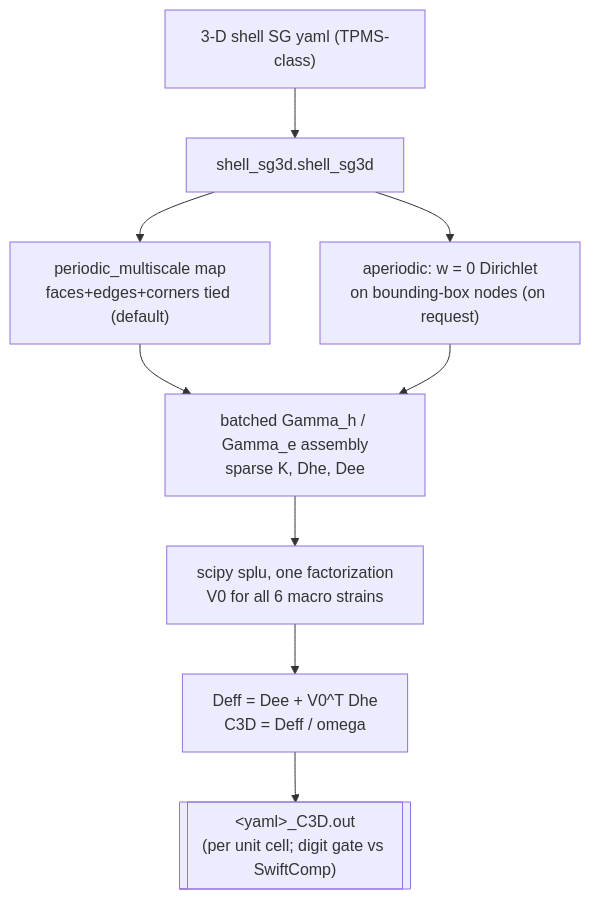
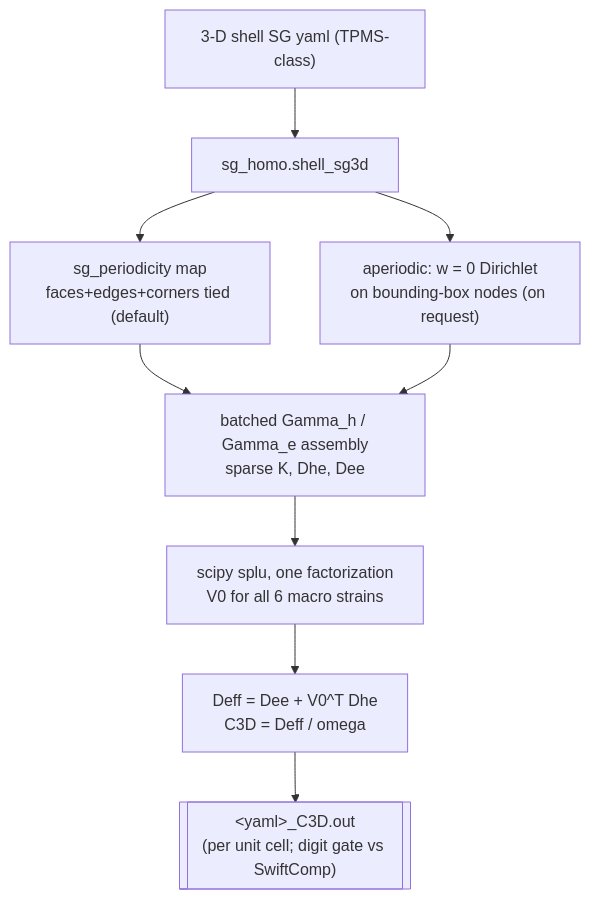
One commit to wenbinyugroup/OpenSG changed the third of 4 diagrams in docs/architecture.md. Above: the diagram before and after it, drawn with Mermaid. The commit also changed other lines of this file and 86 other files, not shown here.

First line of the commit message:
opensg_shell restructured to the sg_* file-per-concern architecture

````diff
--- a/docs/architecture.md
+++ b/docs/architecture.md
@@ -54,11 +54,11 @@
 ```{mermaid}
 flowchart TD
-    Y3["3-D shell SG yaml (TPMS-class)"] --> SG3["shell_sg3d.shell_sg3d"]
-    SG3 --> PM["periodic_multiscale map<br/>faces+edges+corners tied (default)"]
+    Y3["3-D shell SG yaml (TPMS-class)"] --> SG3["sg_homo.shell_sg3d"]
+    SG3 --> PM["sg_periodicity map<br/>faces+edges+corners tied (default)"]
     SG3 --> AP["aperiodic: w = 0 Dirichlet<br/>on bounding-box nodes (on request)"]
     PM --> KAS["batched Gamma_h / Gamma_e assembly<br/>sparse K, Dhe, Dee"]
     AP --> KAS
     KAS --> SPLU["scipy splu, one factorization<br/>V0 for all 6 macro strains"]
     SPLU --> DEFF["Deff = Dee + V0^T Dhe<br/>C3D = Deff / omega"]
     DEFF --> OUT3[["&lt;yaml&gt;_C3D.out<br/>(per unit cell; digit gate vs SwiftComp)"]]
 ```
````
